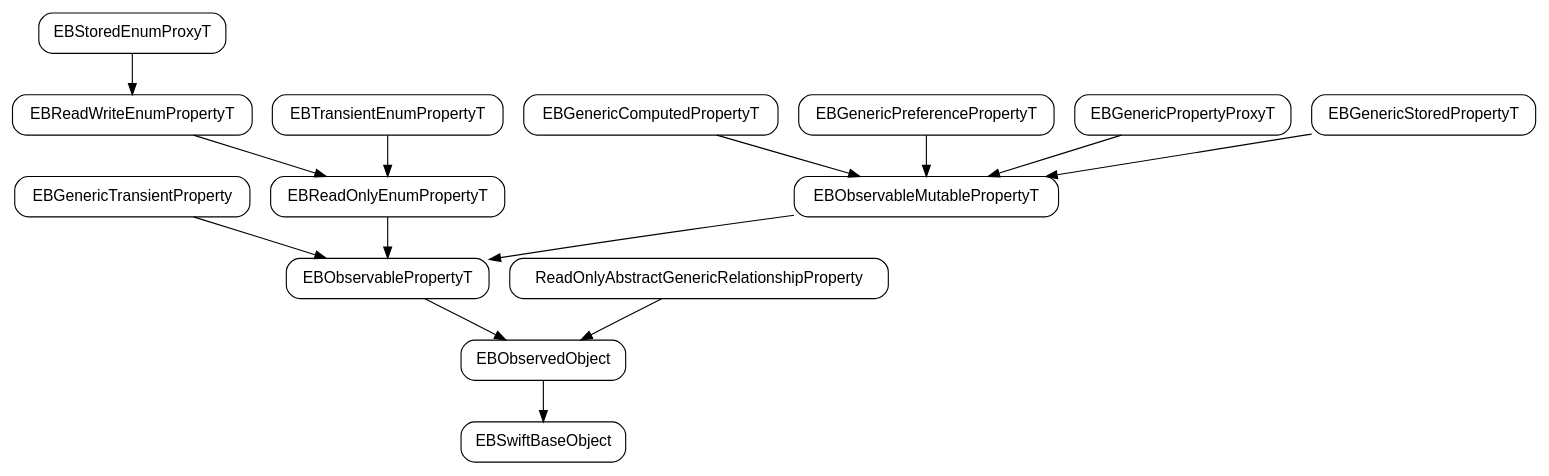
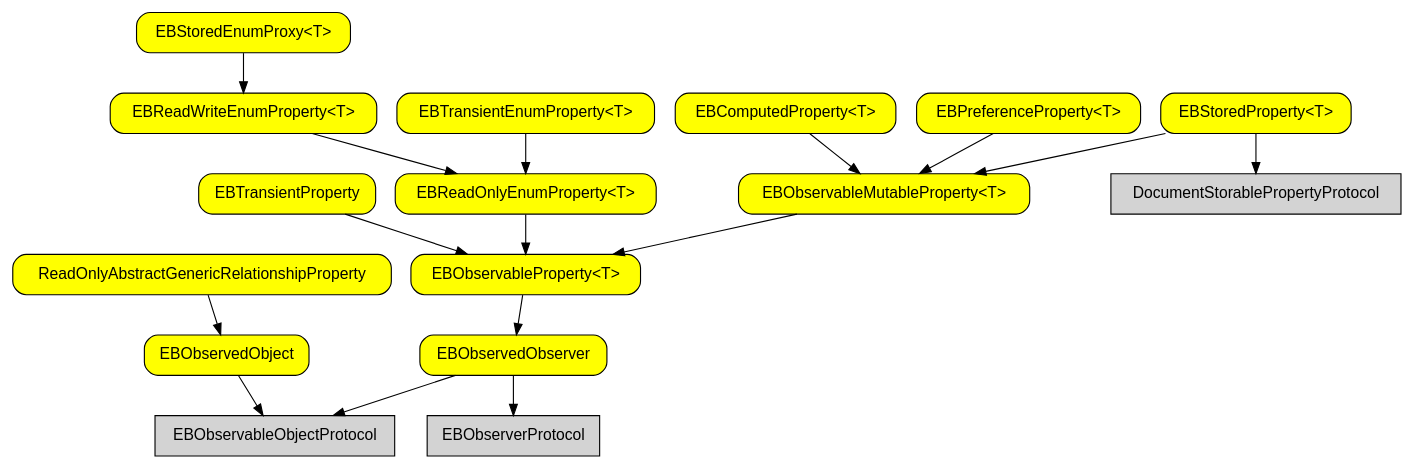
The diagram in models/observable-property-graph.dot (pierremolinaro/ElCanari-dev), drawn with Graphviz before and after one commit. The commit also changed 128 other files, not shown here.

```diff
--- a/models/observable-property-graph.dot
+++ b/models/observable-property-graph.dot
@@ -1,17 +1,26 @@
 digraph G {
-  node [shape=record fontname=helvetica style=rounded] ;
 
-  EBObservedObject -> EBSwiftBaseObject ;
-  EBObservablePropertyT -> EBObservedObject ;
+  node [shape=box fontname=helvetica fillcolor=lightgray style=filled] ;
+
+  EBObservableObjectProtocol ;
+  EBObserverProtocol ;
+  DocumentStorablePropertyProtocol ;
+
+  node [shape=box fontname=helvetica style="rounded,filled" fillcolor=yellow] ;
+
+  EBObservedObject -> EBObservableObjectProtocol ;
+  EBObservedObserver -> EBObservableObjectProtocol ;
+  EBObservedObserver -> EBObserverProtocol ;
+  "EBObservableProperty<T>" -> EBObservedObserver ;
   ReadOnlyAbstractGenericRelationshipProperty -> EBObservedObject ;
-  EBGenericTransientProperty -> EBObservablePropertyT ;
-  EBReadOnlyEnumPropertyT -> EBObservablePropertyT ;
-  EBObservableMutablePropertyT -> EBObservablePropertyT ;
-  EBGenericComputedPropertyT -> EBObservableMutablePropertyT ;
-  EBGenericPreferencePropertyT -> EBObservableMutablePropertyT ;
-  EBGenericPropertyProxyT -> EBObservableMutablePropertyT ;
-  EBGenericStoredPropertyT -> EBObservableMutablePropertyT ;
-  EBReadWriteEnumPropertyT -> EBReadOnlyEnumPropertyT ;
-  EBTransientEnumPropertyT -> EBReadOnlyEnumPropertyT ;
-  EBStoredEnumProxyT -> EBReadWriteEnumPropertyT ;
+  EBTransientProperty -> "EBObservableProperty<T>" ;
+  "EBReadOnlyEnumProperty<T>" -> "EBObservableProperty<T>" ;
+  "EBObservableMutableProperty<T>" -> "EBObservableProperty<T>" ;
+  "EBComputedProperty<T>" -> "EBObservableMutableProperty<T>" ;
+  "EBPreferenceProperty<T>" -> "EBObservableMutableProperty<T>" ;
+  "EBStoredProperty<T>" -> "EBObservableMutableProperty<T>" ;
+  "EBStoredProperty<T>" -> DocumentStorablePropertyProtocol ;
+  "EBReadWriteEnumProperty<T>" -> "EBReadOnlyEnumProperty<T>" ;
+  "EBTransientEnumProperty<T>" -> "EBReadOnlyEnumProperty<T>" ;
+  "EBStoredEnumProxy<T>" -> "EBReadWriteEnumProperty<T>" ;
  }
```
